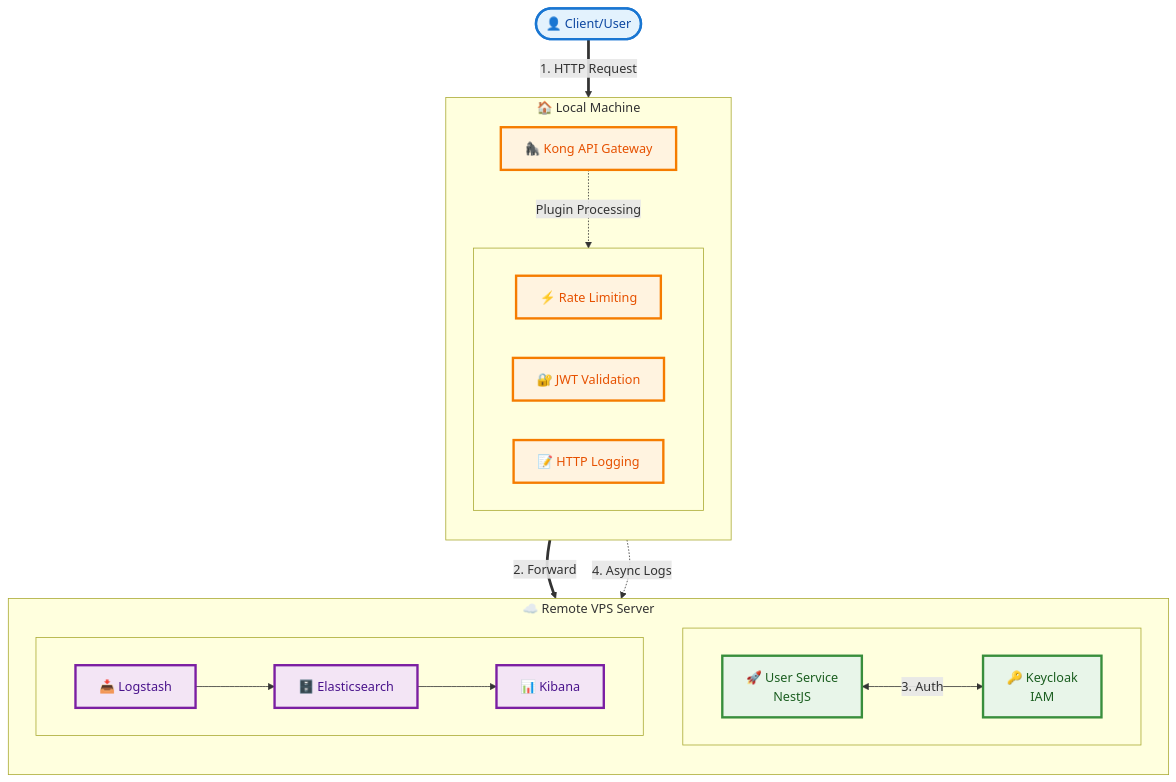
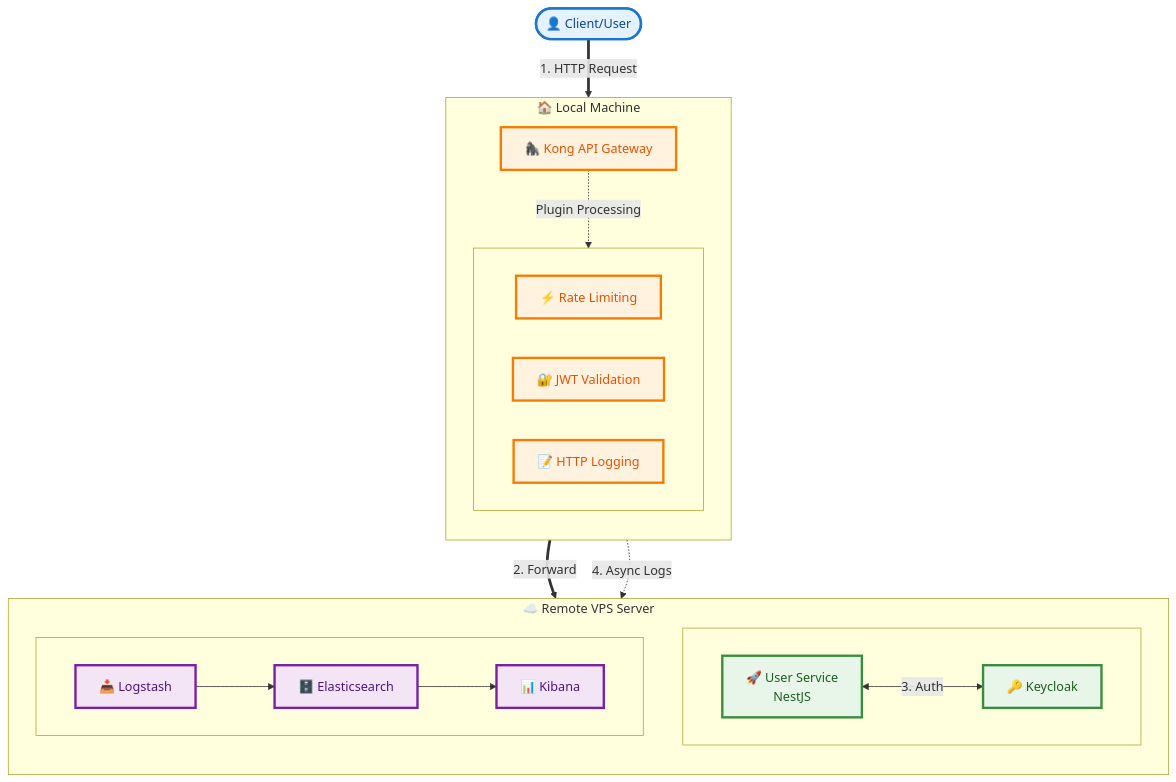
The first of 4 diagrams in README.md (dungle03/apigw-elk-full), drawn with Mermaid before and after one commit.

````diff
--- a/README.md
+++ b/README.md
@@ -22,50 +22,50 @@
 ```mermaid
 flowchart TD
     %% Styling
     classDef clientStyle fill:#e3f2fd,stroke:#1976d2,stroke-width:3px,color:#0d47a1
     classDef localStyle fill:#fff3e0,stroke:#f57c00,stroke-width:3px,color:#e65100
     classDef remoteStyle fill:#e8f5e9,stroke:#388e3c,stroke-width:3px,color:#1b5e20
     classDef monitorStyle fill:#f3e5f5,stroke:#7b1fa2,stroke-width:3px,color:#4a148c
 
     %% Client Layer
     Client([👤 Client/User]):::clientStyle
 
     %% Local Machine Layer
     subgraph Local ["🏠 Local Machine"]
         direction TB
         Kong[🦍 Kong API Gateway]:::localStyle
         
         subgraph Plugins [" "]
             direction LR
             P1[⚡ Rate Limiting]:::localStyle
             P2[🔐 JWT Validation]:::localStyle
             P3[📝 HTTP Logging]:::localStyle
         end
     end
 
     %% Remote VPS Layer
     subgraph Remote ["☁️ Remote VPS Server"]
         direction TB
         
         subgraph Backend [" "]
             direction LR
             UserSvc[🚀 User Service<br/>NestJS]:::remoteStyle
-            KC[🔑 Keycloak<br/>IAM]:::remoteStyle
+            KC[🔑 Keycloak]:::remoteStyle
         end
         
         subgraph ELK [" "]
             direction LR
             LS[📥 Logstash]:::monitorStyle
             ES[🗄️ Elasticsearch]:::monitorStyle
             KB[📊 Kibana]:::monitorStyle
         end
     end
 
     %% Flow Connections
     Client ==>|1. HTTP Request| Kong
     Kong -.->|Plugin Processing| Plugins
     Kong ==>|2. Forward| UserSvc
     UserSvc <-->|3. Auth| KC
     Kong -.->|4. Async Logs| LS
     LS --> ES --> KB
 ```
````
